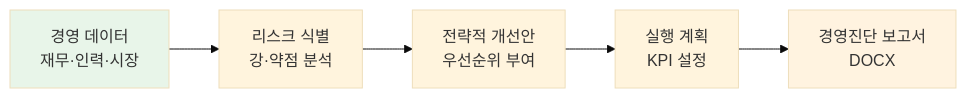
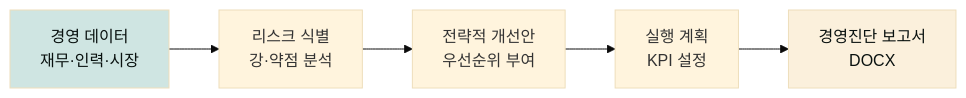
Before and after one commit to modu-ai/claude: the fourth of 6 diagrams in content/plugins/moai-business.md, drawn with Mermaid (base theme). The commit also changed other lines of this file and 97 other files, not shown here.

First line of the commit message:
style(docs-site): mermaid 색상 브랜드 정합 + 라이트 테마 단일화

````diff
--- a/content/plugins/moai-business.md
+++ b/content/plugins/moai-business.md
@@ -166,10 +166,10 @@
 ```mermaid
 flowchart LR
   A[경영 데이터<br/>재무·인력·시장] --> B[리스크 식별<br/>강·약점 분석]
   B --> C[전략적 개선안<br/>우선순위 부여]
   C --> D[실행 계획<br/>KPI 설정]
   D --> E[경영진단 보고서<br/>DOCX]
 
-  style A fill:#e8f5e9
-  style E fill:#fff3e0
+  style A fill:#cfe5e2,color:#09110f
+  style E fill:#fbf0dc,color:#09110f
 ```
````
